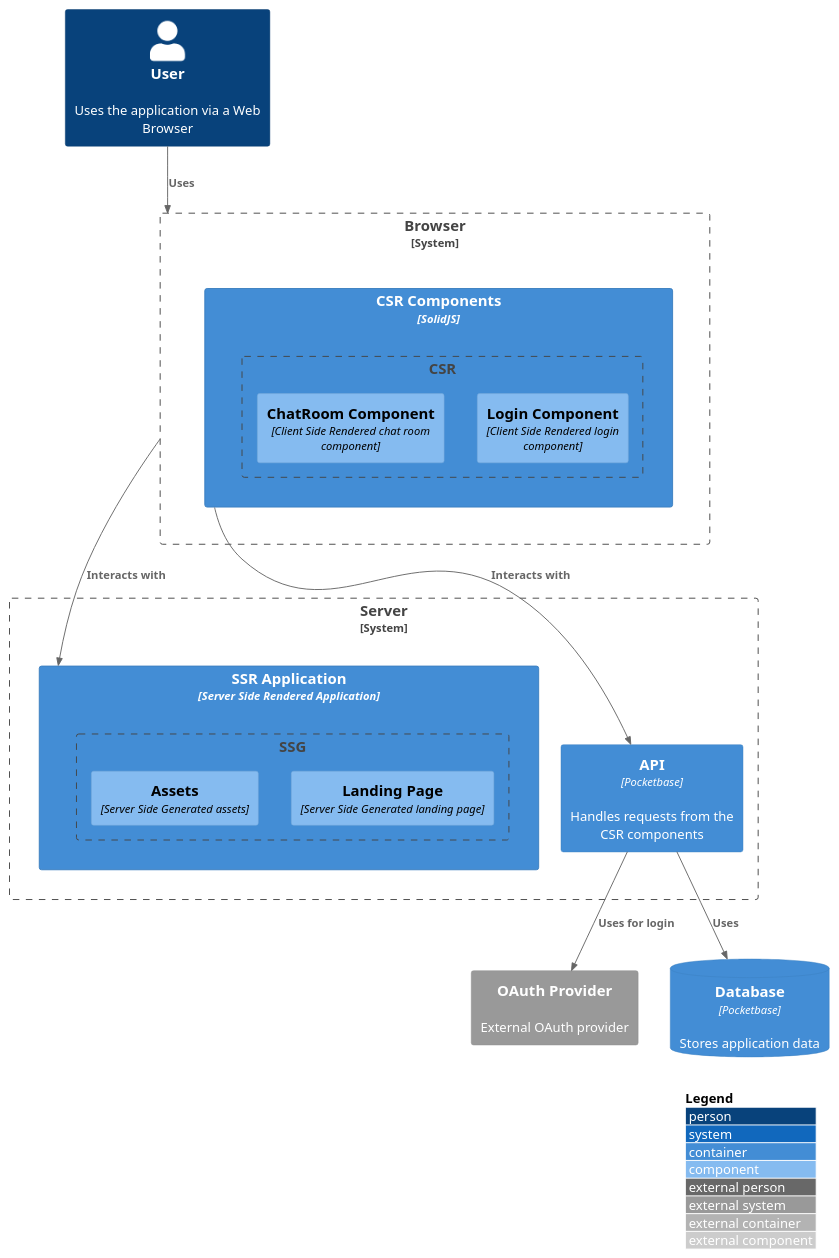
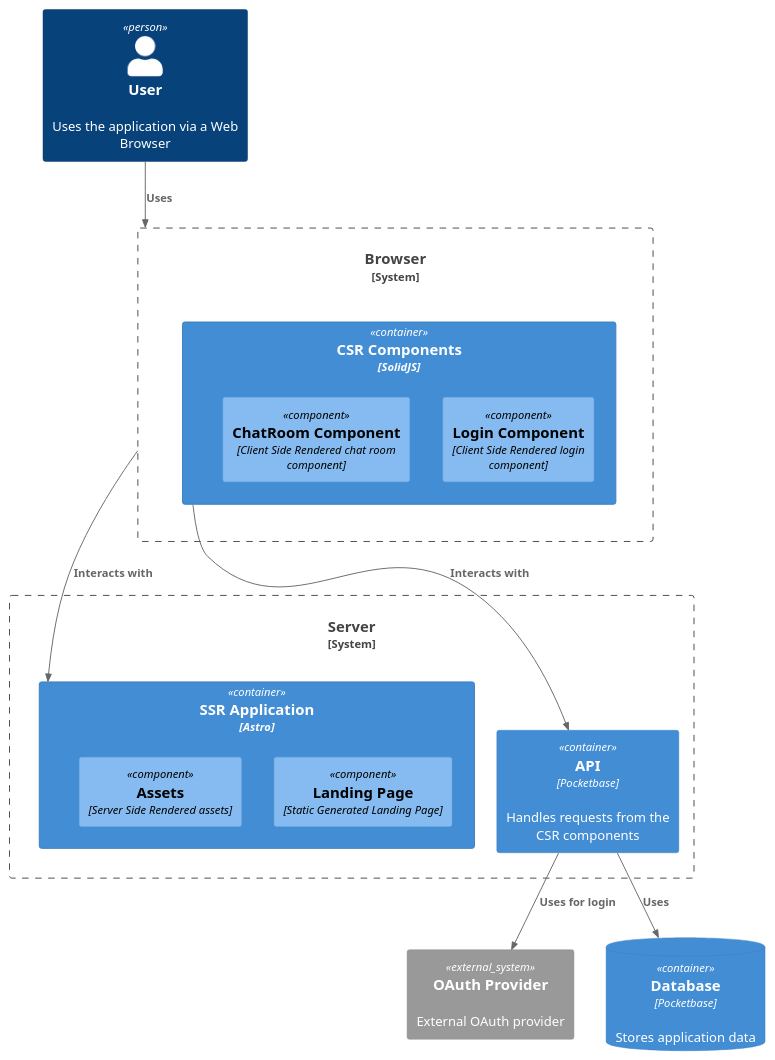
The diagram in plantuml/astrocket.puml (CorentinGS/Astrocket), drawn with PlantUML before and after one commit.

Commit message:
:bento: UML Diagrams

```diff
--- a/plantuml/astrocket.puml
+++ b/plantuml/astrocket.puml
@@ -1,38 +1,32 @@
 @startuml C4_Elements
 
 !include https://raw.githubusercontent.com/plantuml-stdlib/C4-PlantUML/master/C4_Container.puml
 !include https://raw.githubusercontent.com/plantuml-stdlib/C4-PlantUML/master/C4_Component.puml
 
-LAYOUT_WITH_LEGEND()
-
 Person(user, "User", "Uses the application via a Web Browser")
 System_Ext(oauthProvider, "OAuth Provider", "External OAuth provider")
 
 System_Boundary(server, "Server") {
-    Container(ssrApp, "SSR Application", "Server Side Rendered Application") {
-        Boundary(ssg, "SSG") {
-            Component(landingPage, "Landing Page", "Server Side Generated landing page")
-            Component(assets, "Assets", "Server Side Generated assets")
-        }
+    Container(ssrApp, "SSR Application", "Astro") {
+            Component(landingPage, "Landing Page", "Static Generated Landing Page")
+            Component(assets, "Assets", "Server Side Rendered assets")
     }
     Container(api, "API", "Pocketbase", "Handles requests from the CSR components")
 }
 
 System_Boundary(browser, "Browser") {
     Container(csrComponents, "CSR Components", "SolidJS") {
-        Boundary(csr, "CSR") {
             Component(loginComponent, "Login Component", "Client Side Rendered login component")
             Component(chatRoomComponent, "ChatRoom Component", "Client Side Rendered chat room component")
-        }
     }
 }
 
 ContainerDb(db, "Database", "Pocketbase", "Stores application data")
 
 Rel(user, browser, "Uses")
 Rel(browser, ssrApp, "Interacts with")
 Rel(csrComponents, api, "Interacts with")
 Rel(api, db, "Uses")
 Rel(api, oauthProvider, "Uses for login")
 
 @enduml
```
